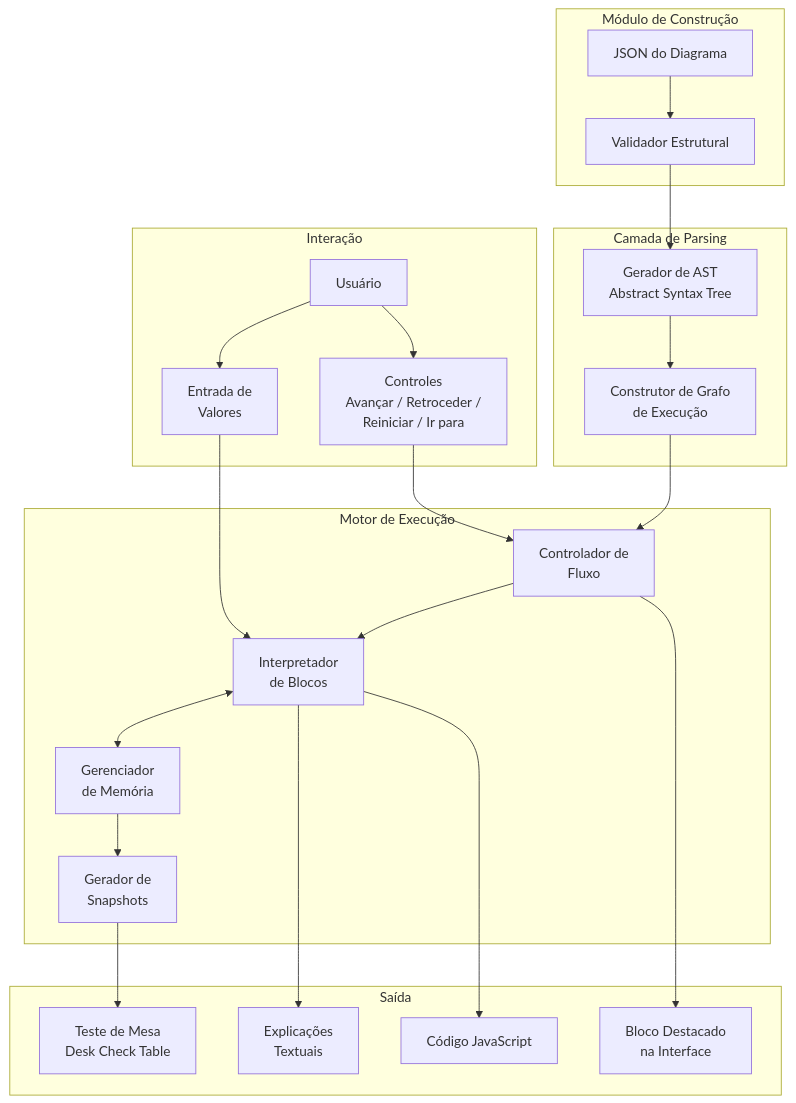
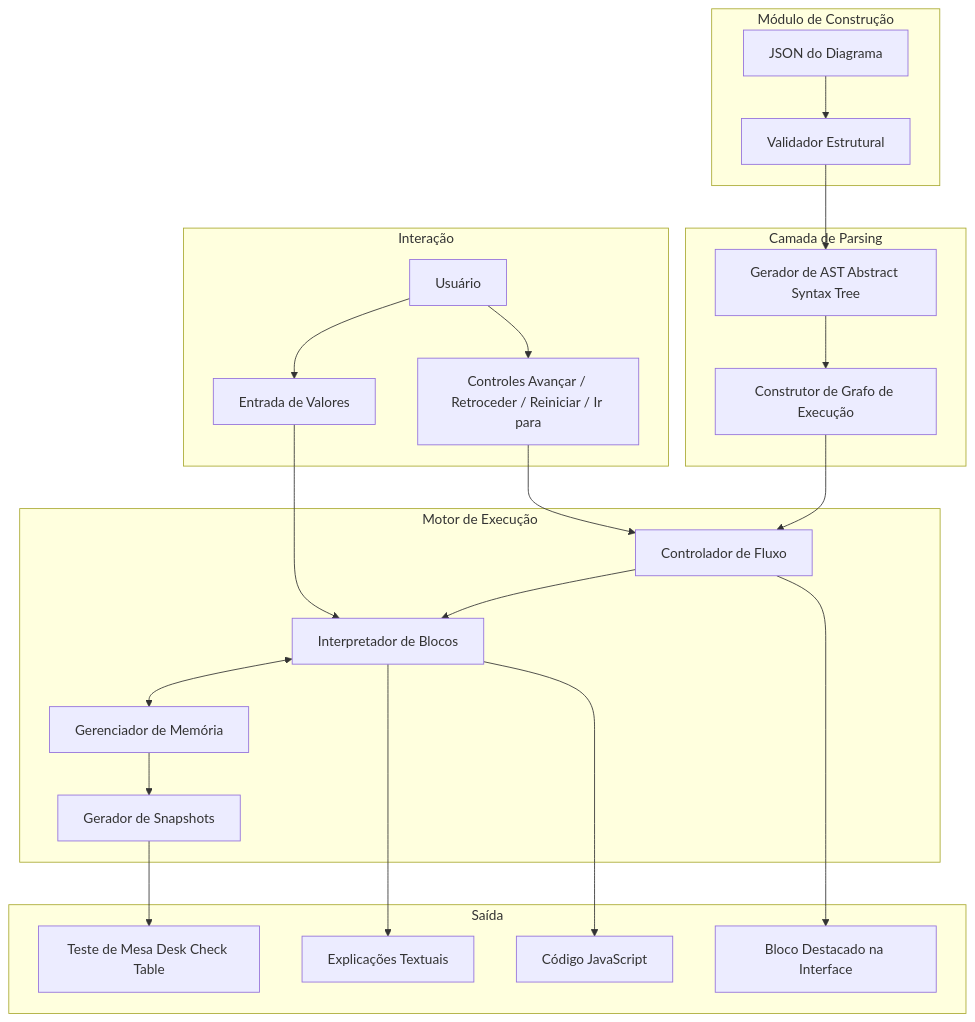
The fifth of 7 diagrams in docs/ssd.md (si-utfpr-gp/blade), drawn with Mermaid before and after one commit. The commit also changed other lines of this file, not shown here.

Commit message:
fix: remove br tags from mermaid blocks for GitHub rendering

````diff
--- a/docs/ssd.md
+++ b/docs/ssd.md
@@ -366,43 +366,43 @@
 ```mermaid
 graph TB
     subgraph Builder["Módulo de Construção"]
         DIAGRAM[JSON do Diagrama]
         VAL[Validador Estrutural]
         DIAGRAM --> VAL
     end
     subgraph Parser["Camada de Parsing"]
-        AST[Gerador de AST<br/>Abstract Syntax Tree]
-        GRAPH[Construtor de Grafo<br/>de Execução]
+        AST[Gerador de AST Abstract Syntax Tree]
+        GRAPH[Construtor de Grafo de Execução]
     end
     subgraph Engine["Motor de Execução"]
-        CTL[Controlador de<br/>Fluxo]
-        INTERP[Interpretador<br/>de Blocos]
-        MEM[Gerenciador<br/>de Memória]
-        SNAP[Gerador de<br/>Snapshots]
+        CTL[Controlador de Fluxo]
+        INTERP[Interpretador de Blocos]
+        MEM[Gerenciador de Memória]
+        SNAP[Gerador de Snapshots]
     end
     subgraph Output["Saída"]
-        DT[Teste de Mesa<br/>Desk Check Table]
-        EXP[Explicações<br/>Textuais]
+        DT[Teste de Mesa Desk Check Table]
+        EXP[Explicações Textuais]
         CODE[Código JavaScript]
-        HIGHLIGHT[Bloco Destacado<br/>na Interface]
+        HIGHLIGHT[Bloco Destacado na Interface]
     end
     subgraph User["Interação"]
         USER[Usuário]
-        CONTROLS[Controles<br/>Avançar / Retroceder /<br/>Reiniciar / Ir para]
-        INPUT_VAL[Entrada de<br/>Valores]
+        CONTROLS[Controles Avançar / Retroceder / Reiniciar / Ir para]
+        INPUT_VAL[Entrada de Valores]
     end
     VAL --> AST
     AST --> GRAPH
     GRAPH --> CTL
     CTL --> INTERP
     INTERP <--> MEM
     MEM --> SNAP
     SNAP --> DT
     INTERP --> EXP
     INTERP --> CODE
     CTL --> HIGHLIGHT
     USER --> CONTROLS
     CONTROLS --> CTL
     USER --> INPUT_VAL
     INPUT_VAL --> INTERP
 ```
````
